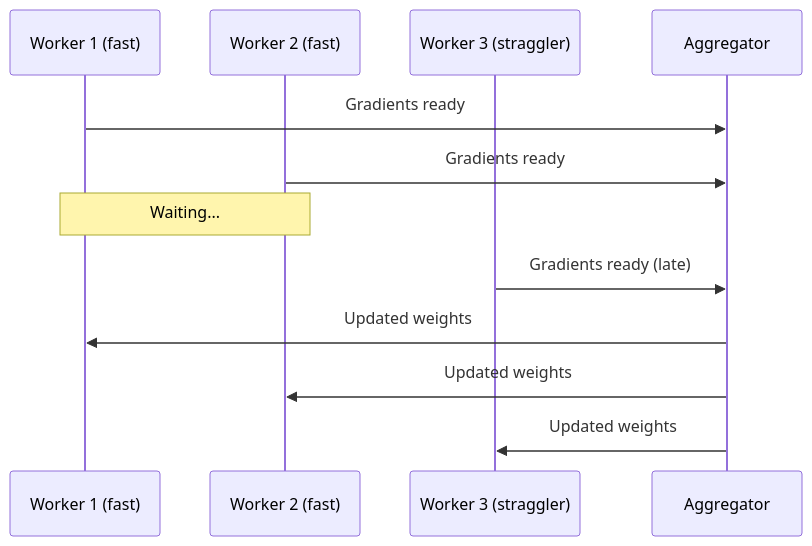
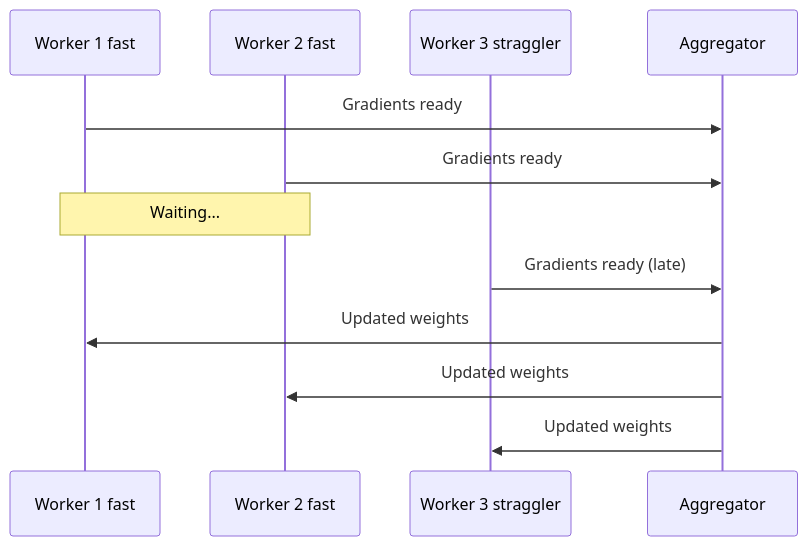
One commit to hsoni92/ml-workbook changed the first of 2 diagrams in bits-pilani/trimester-3/notes/big-data-platforms-and-analytics/week-12/04-synchronous-training-consistency-and-the-straggler-problem-transcript.md. Above: the diagram before and after it, drawn with Mermaid. The commit also changed 59 other files, not shown here.

````diff
--- a/bits-pilani/trimester-3/notes/big-data-platforms-and-analytics/week-12/04-synchronous-training-consistency-and-the-straggler-problem-transcript.md
+++ b/bits-pilani/trimester-3/notes/big-data-platforms-and-analytics/week-12/04-synchronous-training-consistency-and-the-straggler-problem-transcript.md
@@ -19,14 +19,14 @@
 ```mermaid
 sequenceDiagram
-    participant W1 as Worker 1 (fast)
-    participant W2 as Worker 2 (fast)
-    participant W3 as Worker 3 (straggler)
+    participant W1 as Worker 1 fast
+    participant W2 as Worker 2 fast
+    participant W3 as Worker 3 straggler
     participant Agg as Aggregator
     W1->>Agg: Gradients ready
     W2->>Agg: Gradients ready
     Note over W1,W2: Waiting...
     W3->>Agg: Gradients ready (late)
     Agg->>W1: Updated weights
     Agg->>W2: Updated weights
     Agg->>W3: Updated weights
 ```
````
